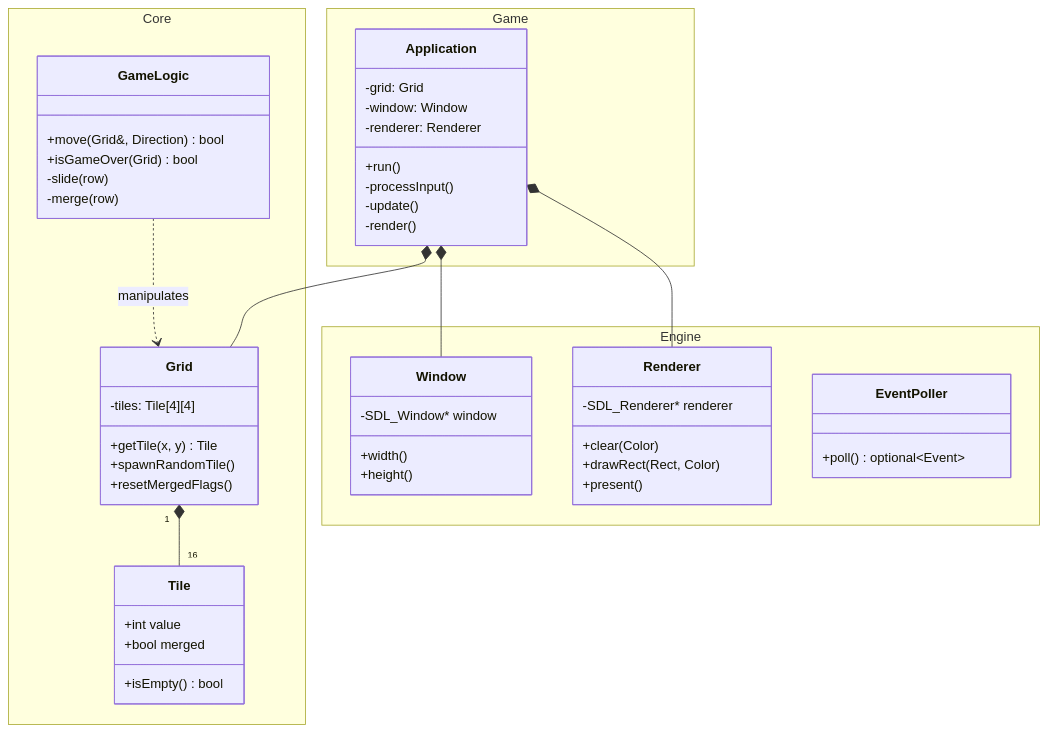
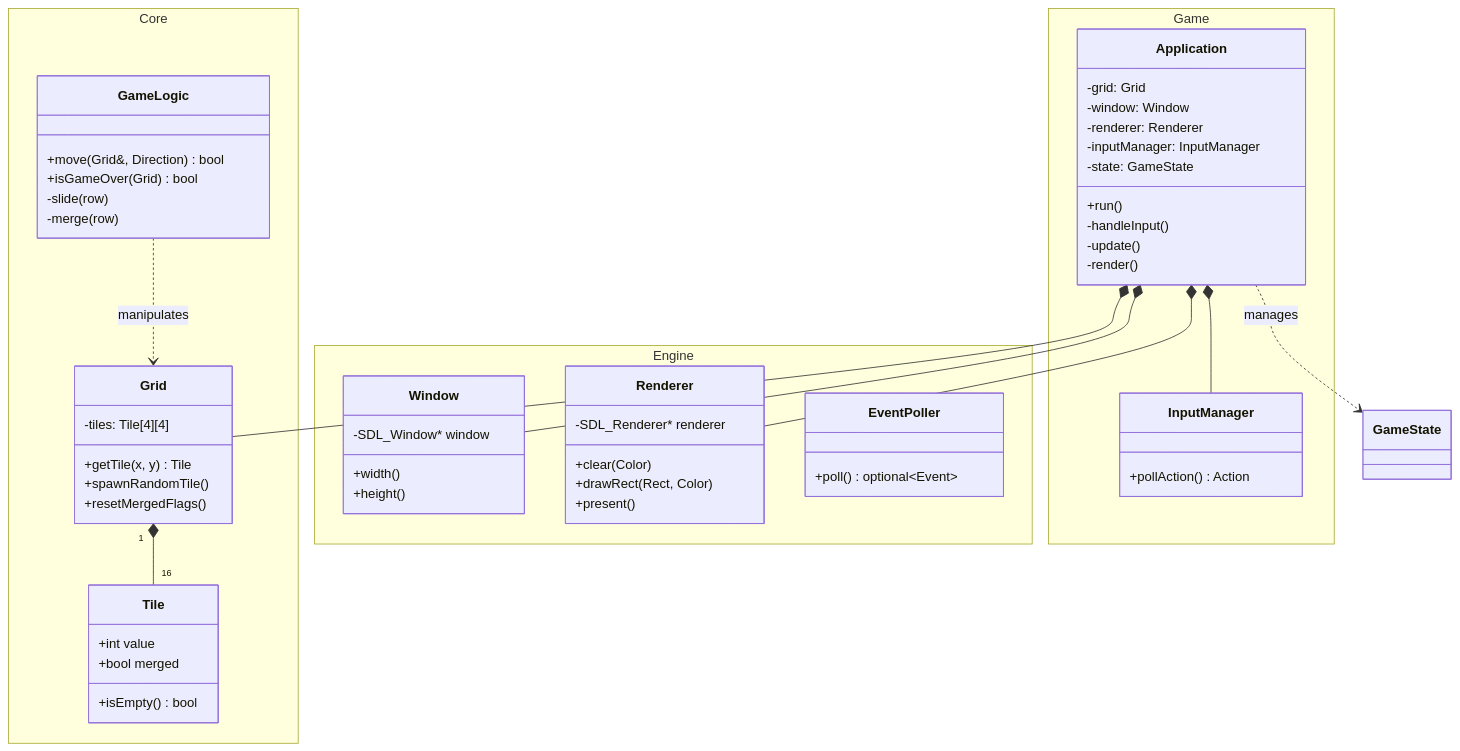
The diagram in docs/architecture.md (sergey-chukhno/TileTwister), drawn with Mermaid before and after one commit. The commit also changed other lines of this file and 3 other files, not shown here.

````diff
--- a/docs/architecture.md
+++ b/docs/architecture.md
@@ -48,57 +49,64 @@
 ```mermaid
 classDiagram
     namespace Core {
         class Tile {
             +int value
             +bool merged
             +isEmpty() bool
         }
         class Grid {
             -tiles: Tile[4][4]
             +getTile(x, y) Tile
             +spawnRandomTile()
             +resetMergedFlags()
         }
         class GameLogic {
             +move(Grid&, Direction) bool
             +isGameOver(Grid) bool
             -slide(row)
             -merge(row)
         }
     }
 
     namespace Engine {
         class Window {
             -SDL_Window* window
             +width()
             +height()
         }
         class Renderer {
             -SDL_Renderer* renderer
             +clear(Color)
             +drawRect(Rect, Color)
             +present()
         }
         class EventPoller {
             +poll() optional~Event~
         }
     }
 
     namespace Game {
         class Application {
             -grid: Grid
             -window: Window
             -renderer: Renderer
+            -inputManager: InputManager
+            -state: GameState
             +run()
-            -processInput()
+            -handleInput()
             -update()
             -render()
+        }
+        class InputManager {
+            +pollAction() Action
         }
     }
 
     Grid "1" *-- "16" Tile
     GameLogic ..> Grid : manipulates
     Application *-- Grid
     Application *-- Window
     Application *-- Renderer
+    Application *-- InputManager
+    Application ..> GameState : manages
 ```
````
